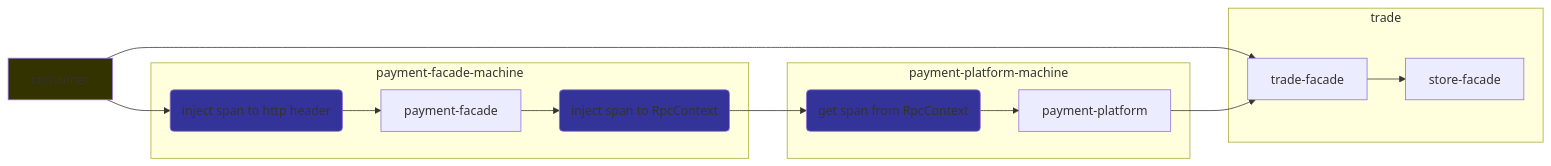
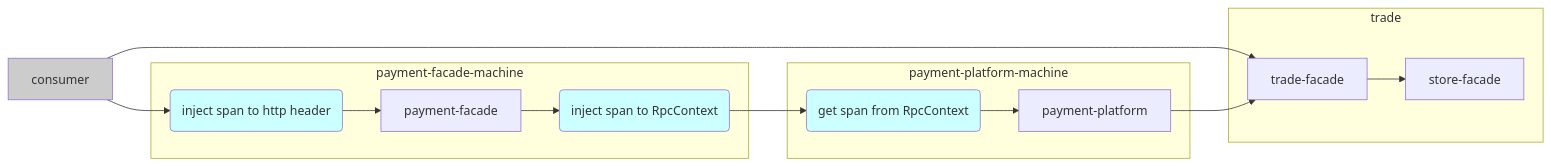
One commit to deipss/jvm-sandbox-inspector changed the second of 2 diagrams in README.md. Above: the diagram before and after it, drawn with Mermaid. The commit also changed other lines of this file, not shown here.

````diff
--- a/README.md
+++ b/README.md
@@ -74,29 +74,29 @@
 ```mermaid
 
 
 flowchart LR
     consumer --> trade-facade
     consumer --> http(inject span to http header)
 
     subgraph payment-facade-machine
         http --> payment-facade
         payment-facade --> dubbo-consumer(inject span to RpcContext)
     end
     subgraph payment-platform-machine
         dubbo-consumer --> dubbo-provider(get span from RpcContext)
         dubbo-provider --> payment-platform
     end
 
     subgraph trade
         payment-platform --> trade-facade
         trade-facade --> store-facade
     end
 
-    style consumer fill: #333300
-    style http fill: #333399
-    style dubbo-consumer fill: #333399
-    style dubbo-provider fill: #333399
+    style consumer fill: #CCCCCC
+    style http fill: #CCFFFF
+    style dubbo-consumer fill: #CCFFFF
+    style dubbo-provider fill: #CCFFFF
 
 
 
 ```
````
